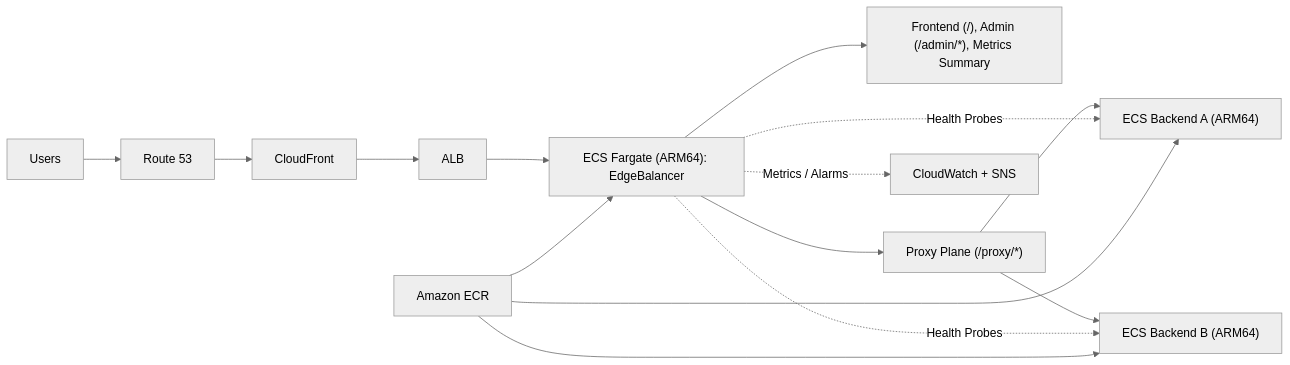
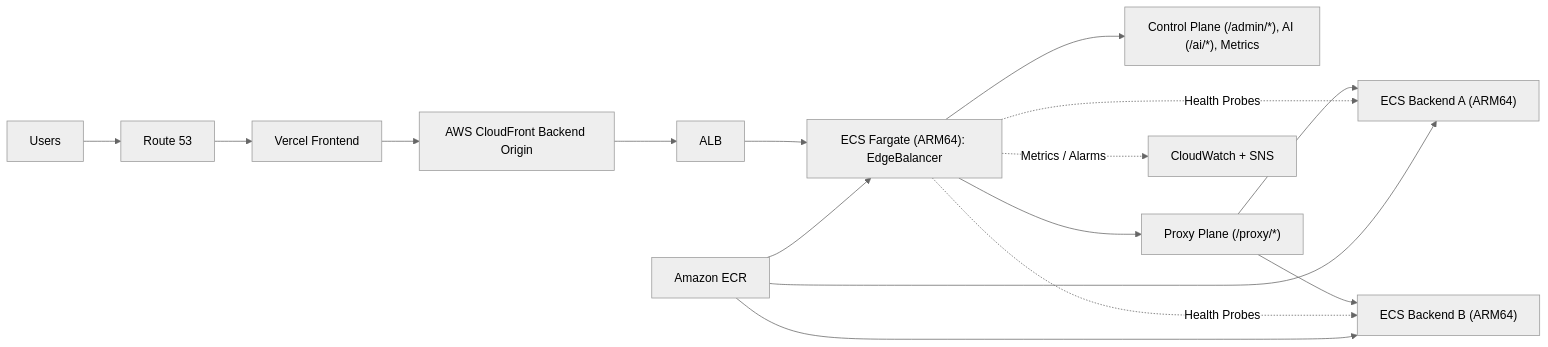
One commit to MohammedVep/mini-load-balancer changed the diagram in README.md. Above: the diagram before and after it, drawn with Mermaid (neutral theme). The commit also changed other lines of this file and 9 other files, not shown here.

Commit message:
feat(infra): host frontend on Vercel

````diff
--- a/README.md
+++ b/README.md
@@ -172,17 +198,18 @@
 ```mermaid
 flowchart LR
     U["Users"] --> R53["Route 53"]
-    R53 --> CF["CloudFront"]
+    R53 --> V["Vercel Frontend"]
+    V --> CF["AWS CloudFront Backend Origin"]
     CF --> ALB["ALB"]
     ALB --> LB["ECS Fargate (ARM64): EdgeBalancer"]
-    LB --> FE["Frontend (/), Admin (/admin/*), Metrics Summary"]
+    LB --> CP["Control Plane (/admin/*), AI (/ai/*), Metrics"]
     LB --> PX["Proxy Plane (/proxy/*)"]
     PX --> B1["ECS Backend A (ARM64)"]
     PX --> B2["ECS Backend B (ARM64)"]
     LB -. "Health Probes" .-> B1
     LB -. "Health Probes" .-> B2
     LB -. "Metrics / Alarms" .-> CW["CloudWatch + SNS"]
     ECR["Amazon ECR"] --> LB
     ECR --> B1
     ECR --> B2
 ```
````
